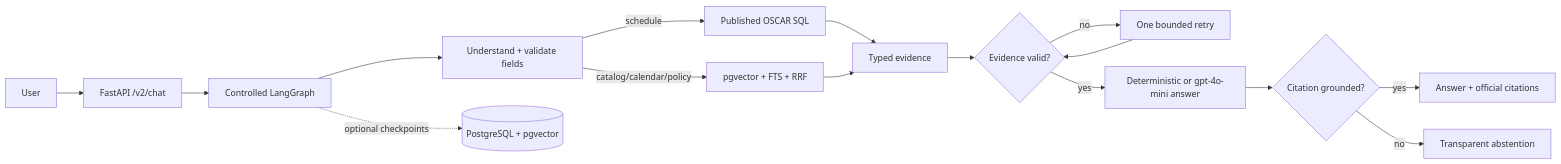
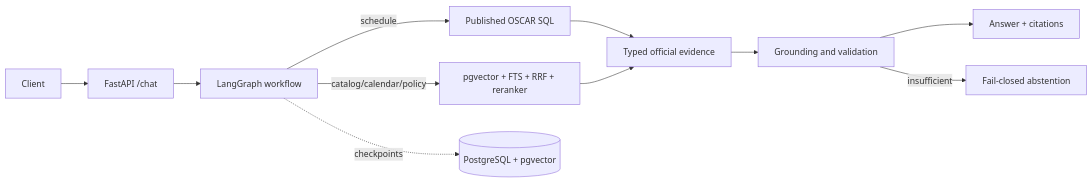
One commit to tkim602/BuzzBot-backend changed the diagram in README.md. Above: the diagram before and after it, drawn with Mermaid. The commit also changed other lines of this file and 72 other files, not shown here.

````diff
--- a/README.md
+++ b/README.md
@@ -18,18 +18,13 @@
 ```mermaid
 flowchart LR
-    User --> API[FastAPI /v2/chat]
-    API --> Graph[Controlled LangGraph]
-    Graph --> Understand[Understand + validate fields]
-    Understand -->|schedule| SQL[Published OSCAR SQL]
-    Understand -->|catalog/calendar/policy| Hybrid[pgvector + FTS + RRF]
-    SQL --> Evidence[Typed evidence]
-    Hybrid --> Evidence
-    Evidence --> Gate{Evidence valid?}
-    Gate -->|no| Retry[One bounded retry]
-    Retry --> Gate
-    Gate -->|yes| Answer[Deterministic or gpt-4o-mini answer]
-    Answer --> Citation{Citation grounded?}
-    Citation -->|yes| Response[Answer + official citations]
-    Citation -->|no| Abstain[Transparent abstention]
-    Graph -. optional checkpoints .-> Postgres[(PostgreSQL + pgvector)]
+    Web[Client] --> API[FastAPI /chat]
+    API --> Graph[LangGraph workflow]
+    Graph -->|schedule| SQL[Published OSCAR SQL]
+    Graph -->|catalog/calendar/policy| RAG[pgvector + FTS + RRF + reranker]
+    SQL --> Evidence[Typed official evidence]
+    RAG --> Evidence
+    Evidence --> Validate[Grounding and validation]
+    Validate --> Response[Answer + citations]
+    Validate -->|insufficient| Abstain[Fail-closed abstention]
+    Graph -. checkpoints .-> DB[(PostgreSQL + pgvector)]
 ```
````
